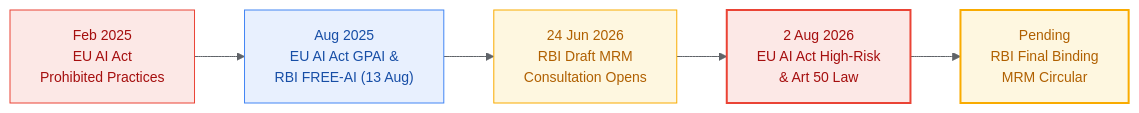
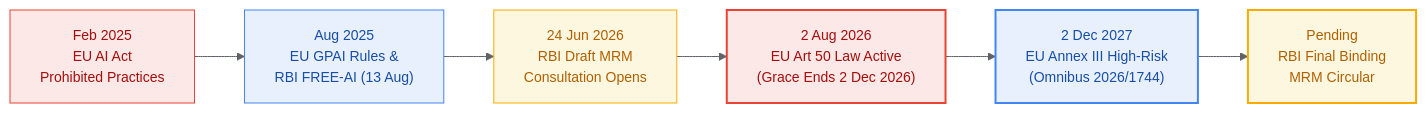
One commit to PratikDhanave/Build-For-RBI-Inherit-The-EU-AI-Act changed the diagram in docs/deep-dive/03-eu-ai-act-crosswalk-evidence-packs.md. Above: the diagram before and after it, drawn with Mermaid. The commit also changed other lines of this file and 9 other files, not shown here.

Commit message:
Update Nov 2026 regulatory status (EU Omnibus 2026/1744, RBI MRM, ADGM/DIFC/SAMA, OWASP ASI) & fix README drift

````diff
--- a/docs/deep-dive/03-eu-ai-act-crosswalk-evidence-packs.md
+++ b/docs/deep-dive/03-eu-ai-act-crosswalk-evidence-packs.md
@@ -13,14 +16,16 @@
 ```mermaid
 %%{init: {"theme": "base", "themeVariables": {"fontFamily": "Google Sans, Roboto, Helvetica Neue, Arial, sans-serif", "fontSize": "14px", "primaryColor": "#E8F0FE", "primaryTextColor": "#202124", "primaryBorderColor": "#4285F4", "lineColor": "#5F6368"}}}%%
 flowchart LR
-    T1["Feb 2025<br/>EU AI Act<br/>Prohibited Practices"] --> T2["Aug 2025<br/>EU AI Act GPAI &<br/>RBI FREE-AI (13 Aug)"]
+    T1["Feb 2025<br/>EU AI Act<br/>Prohibited Practices"] --> T2["Aug 2025<br/>EU GPAI Rules &<br/>RBI FREE-AI (13 Aug)"]
     T2 --> T3["24 Jun 2026<br/>RBI Draft MRM<br/>Consultation Opens"]
-    T3 --> T4["2 Aug 2026<br/>EU AI Act High-Risk<br/>& Art 50 Law"]
-    T4 --> T5["Pending<br/>RBI Final Binding<br/>MRM Circular"]
+    T3 --> T4["2 Aug 2026<br/>EU Art 50 Law Active<br/>(Grace Ends 2 Dec 2026)"]
+    T4 --> T5["2 Dec 2027<br/>EU Annex III High-Risk<br/>(Omnibus 2026/1744)"]
+    T5 --> T6["Pending<br/>RBI Final Binding<br/>MRM Circular"]
 
     style T1 fill:#FCE8E6,stroke:#EA4335,color:#A50E0E
     style T2 fill:#E8F0FE,stroke:#4285F4,color:#174EA6
     style T3 fill:#FEF7E0,stroke:#F9AB00,color:#B06000
     style T4 fill:#FCE8E6,stroke:#EA4335,stroke-width:2px,color:#A50E0E
-    style T5 fill:#FEF7E0,stroke:#F9AB00,stroke-width:2px,color:#B06000
+    style T5 fill:#E8F0FE,stroke:#4285F4,stroke-width:2px,color:#174EA6
+    style T6 fill:#FEF7E0,stroke:#F9AB00,stroke-width:2px,color:#B06000
 ```
````
